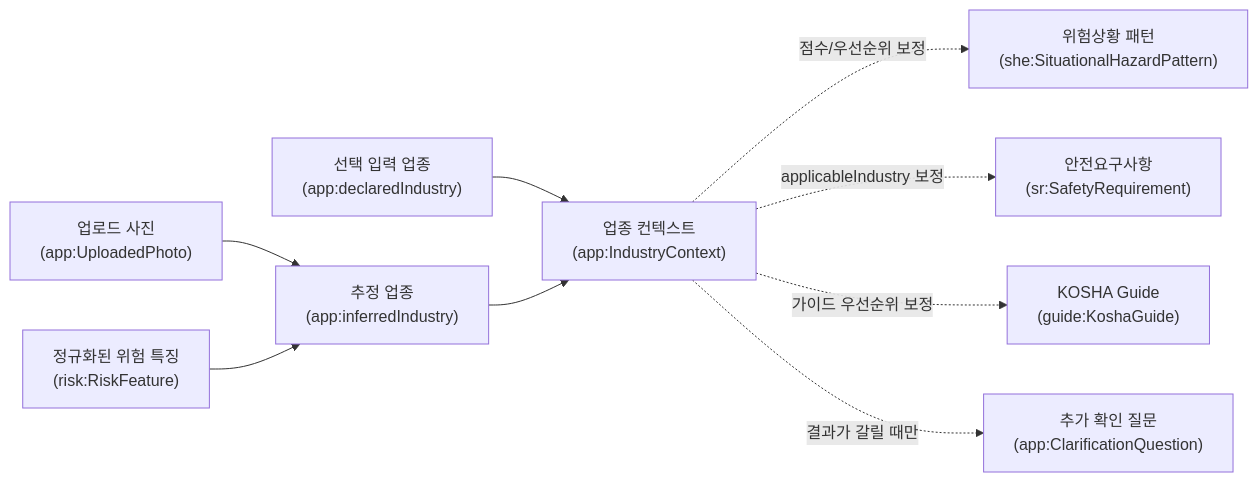
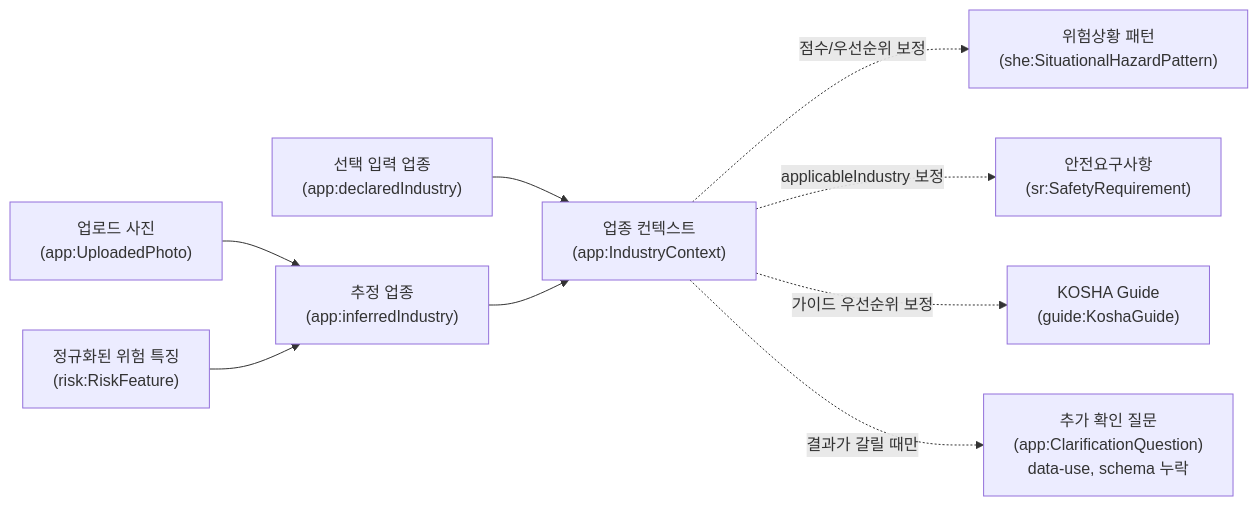
The second of 2 diagrams in docs/ontology/00-integrated-structure.md (jinbless/arch-bot), drawn with Mermaid before and after one commit. The commit also changed other lines of this file, not shown here.

Commit message:
docs: ontology audit fix — app:ClarificationQuestion schema-gap 라벨
00-integrated-structure.md의 2개 Mermaid 노드에 'data-use, schema 누락'
라벨 추가. guide:GuideInterLink와 동일하게 TBox 미정의 + ABox 사용 중인
요소를 명시적으로 회색 표시.

audit 결과 (메모리는 별도 갱신):
- 폐기 용어: 모두 안내 문맥 OK
- ABox 인스턴스 예시 12건: 정상 (인스턴스이므로 TBox 미정의는 정상)
- 'app:ClarificationQuestion' 1건: schema gap 라벨 추가 (이번 fix)
- TBox 정의 요소 55 Classes / 82 ObjectProperty / 44 DatatypeProperty와
  docs 백틱 ref 매칭: 정합성 매우 높음

메모리 ref_fuseki_endpoints.md는 별도 갱신:
- 옛 'kosha:' prefix → 실제 'core:' 반영
- 'hazard:'/'context:' → 'haz:'/'ctx:' + IRI에 /risk/ 삽입
- 신규 'risk:', 'she:', 'app:' prefix 추가

````diff
--- a/docs/ontology/00-integrated-structure.md
+++ b/docs/ontology/00-integrated-structure.md
@@ -458,21 +458,21 @@
 ```mermaid
 flowchart LR
     Photo["업로드 사진<br/>(app:UploadedPhoto)"]
     Feature["정규화된 위험 특징<br/>(risk:RiskFeature)"]
     Declared["선택 입력 업종<br/>(app:declaredIndustry)"]
     Inferred["추정 업종<br/>(app:inferredIndustry)"]
     IndustryContext["업종 컨텍스트<br/>(app:IndustryContext)"]
     SHEPattern["위험상황 패턴<br/>(she:SituationalHazardPattern)"]
     SR["안전요구사항<br/>(sr:SafetyRequirement)"]
     Guide["KOSHA Guide<br/>(guide:KoshaGuide)"]
-    Question["추가 확인 질문<br/>(app:ClarificationQuestion)"]
+    Question["추가 확인 질문<br/>(app:ClarificationQuestion)<br/>data-use, schema 누락"]
 
     Photo --> Inferred
     Feature --> Inferred
     Declared --> IndustryContext
     Inferred --> IndustryContext
     IndustryContext -. "점수/우선순위 보정" .-> SHEPattern
     IndustryContext -. "applicableIndustry 보정" .-> SR
     IndustryContext -. "가이드 우선순위 보정" .-> Guide
     IndustryContext -. "결과가 갈릴 때만" .-> Question
 ```
````
